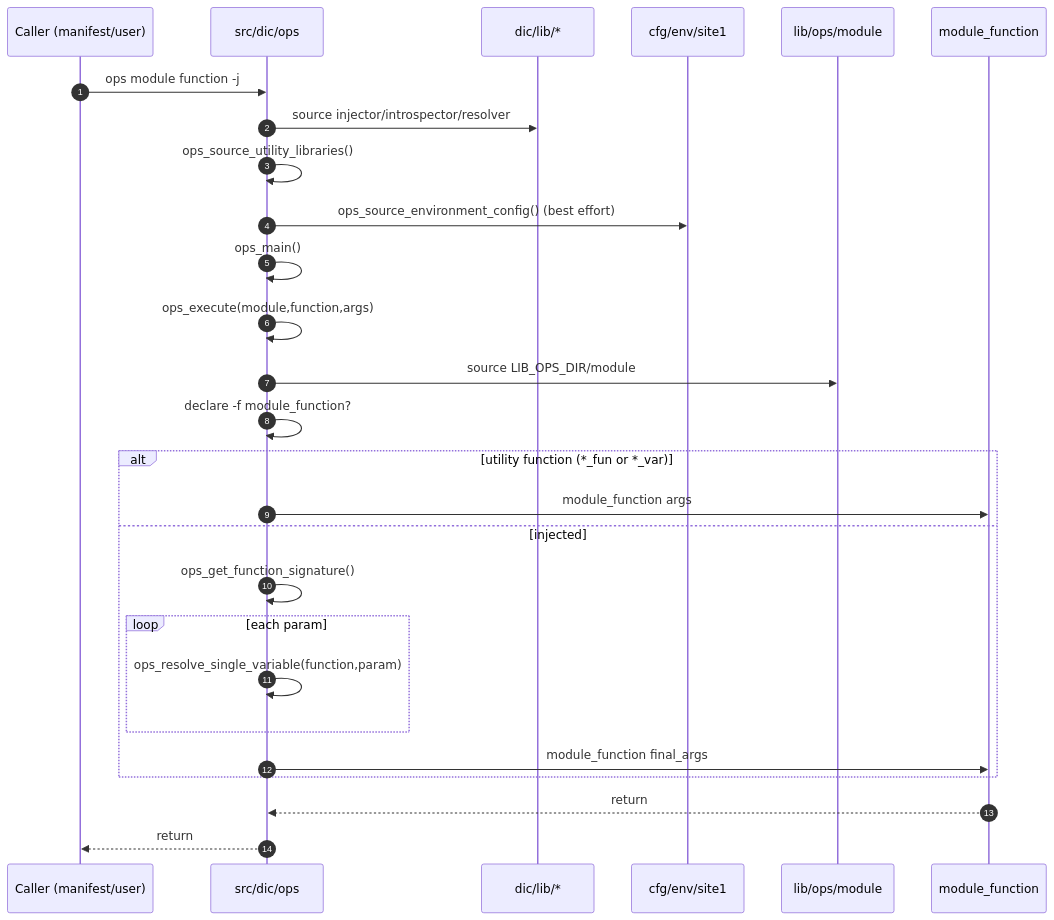
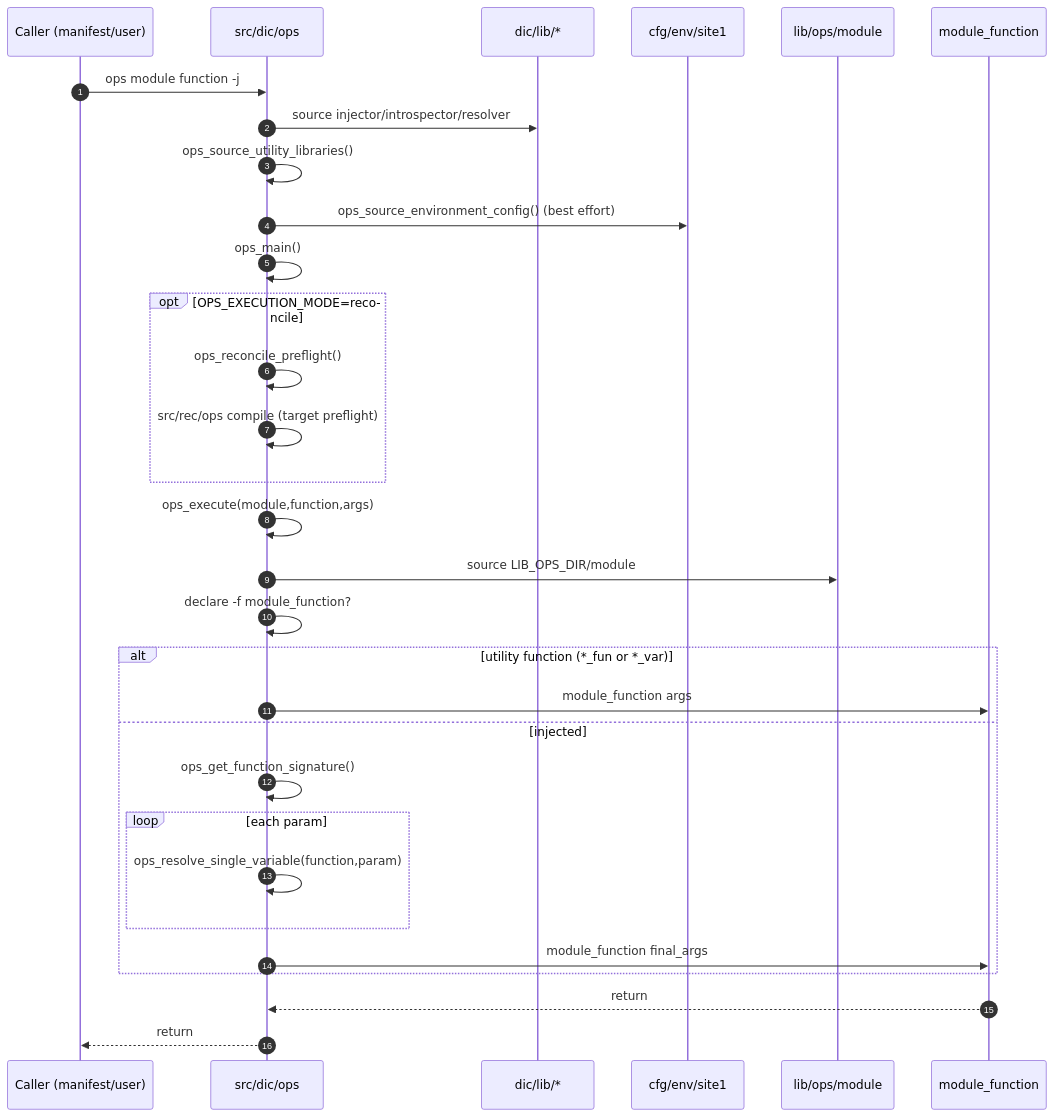
The first of 2 diagrams in doc/arc/04-dependency-injection.md (woeiru/lab), drawn with Mermaid before and after one commit. The commit also changed other lines of this file and 22 other files, not shown here.

First line of the commit message:
src: wire rec/run plan enforcement stages and migration bridge

````diff
--- a/doc/arc/04-dependency-injection.md
+++ b/doc/arc/04-dependency-injection.md
@@ -32,32 +34,36 @@
 ```mermaid
 sequenceDiagram
     autonumber
     participant C as Caller (manifest/user)
     participant D as src/dic/ops
     participant I as dic/lib/*
     participant E as cfg/env/site1
     participant O as lib/ops/module
     participant F as module_function
 
     C->>D: ops module function -j
     D->>I: source injector/introspector/resolver
     D->>D: ops_source_utility_libraries()
     D->>E: ops_source_environment_config() (best effort)
     D->>D: ops_main()
+    opt OPS_EXECUTION_MODE=reconcile
+        D->>D: ops_reconcile_preflight()
+        D->>D: src/rec/ops compile (target preflight)
+    end
     D->>D: ops_execute(module,function,args)
     D->>O: source LIB_OPS_DIR/module
     D->>D: declare -f module_function?
 
     alt utility function (*_fun or *_var)
         D->>F: module_function args
     else injected
         D->>D: ops_get_function_signature()
         loop each param
             D->>D: ops_resolve_single_variable(function,param)
         end
         D->>F: module_function final_args
     end
 
     F-->>D: return
     D-->>C: return
 ```
````
